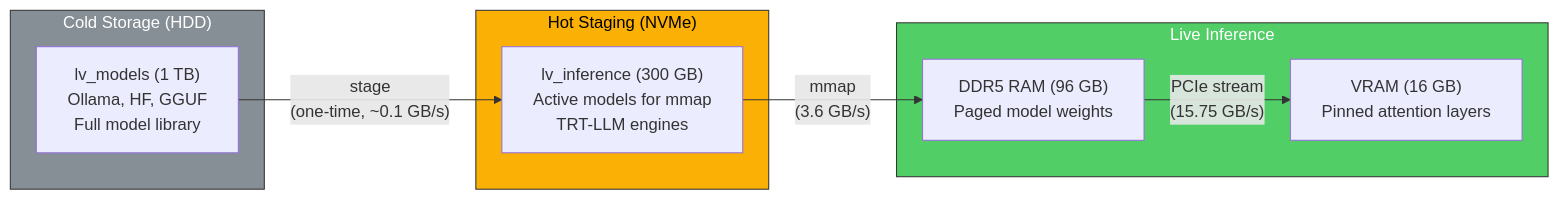
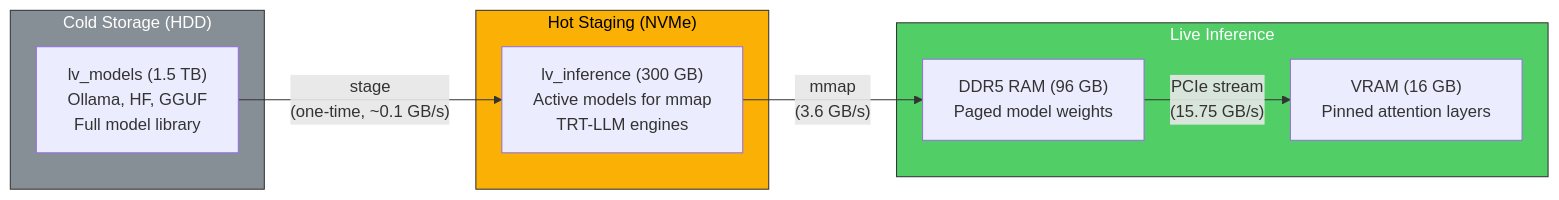
Before and after one commit to AmeerJ97/project-host: diagram 13 of 24 in docs/architecture.md, drawn with Mermaid. The commit also changed other lines of this file and 23 other files, not shown here.

````diff
--- a/docs/architecture.md
+++ b/docs/architecture.md
@@ -747,23 +747,23 @@
 ```mermaid
 graph LR
     subgraph Cold ["Cold Storage (HDD)"]
-        MODELS["lv_models (1 TB)<br>Ollama, HF, GGUF<br>Full model library"]
+        MODELS["lv_models (1.5 TB)<br>Ollama, HF, GGUF<br>Full model library"]
     end
 
     subgraph Hot ["Hot Staging (NVMe)"]
         INFERENCE["lv_inference (300 GB)<br>Active models for mmap<br>TRT-LLM engines"]
     end
 
     subgraph Live ["Live Inference"]
         RAM_LIVE["DDR5 RAM (96 GB)<br>Paged model weights"]
         VRAM_LIVE["VRAM (16 GB)<br>Pinned attention layers"]
     end
 
     MODELS -->|"stage<br>(one-time, ~0.1 GB/s)"| INFERENCE
     INFERENCE -->|"mmap<br>(3.6 GB/s)"| RAM_LIVE
     RAM_LIVE -->|"PCIe stream<br>(15.75 GB/s)"| VRAM_LIVE
 
     style Cold fill:#868e96,stroke:#333,color:#fff
     style Hot fill:#fab005,stroke:#333,color:#000
     style Live fill:#51cf66,stroke:#333,color:#fff
 ```
````
